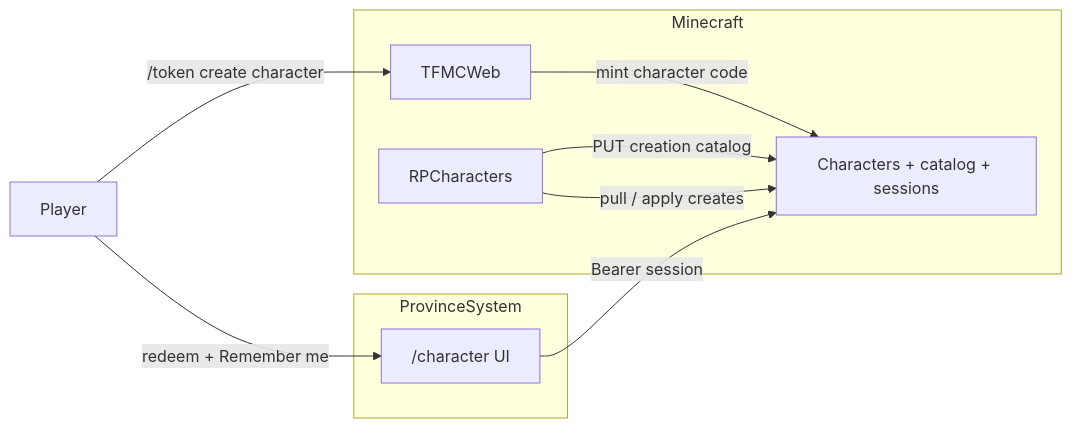
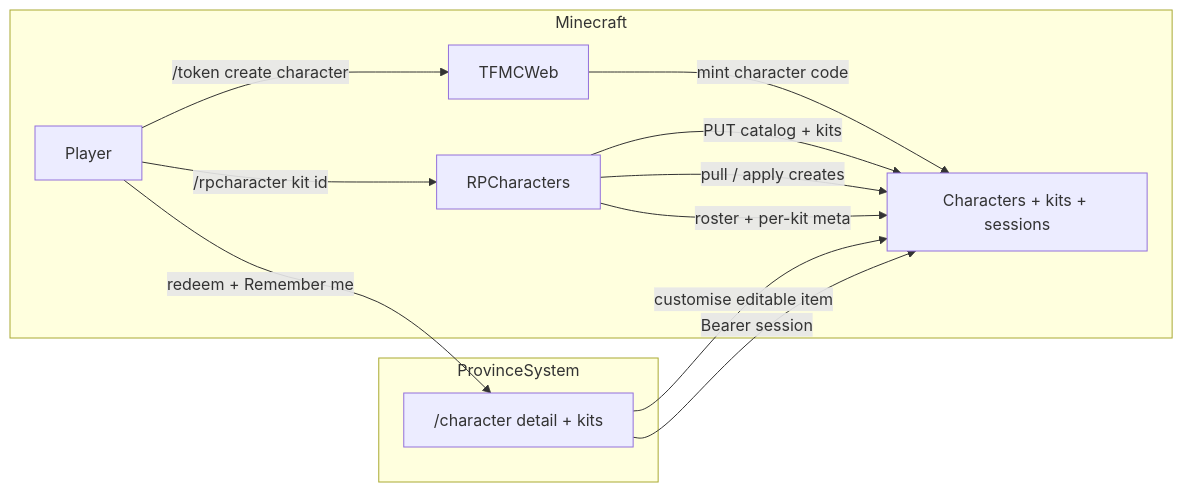
The diagram in Planning/14-character-creator.md (Drefvelin/ProvinceSystem), drawn with Mermaid before and after one commit. The commit also changed other lines of this file and 45 other files, not shown here.

Commit message:
item editor and kits

````diff
--- a/Planning/14-character-creator.md
+++ b/Planning/14-character-creator.md
@@ -98,17 +183,20 @@
 ```mermaid
 flowchart LR
   subgraph mc [Minecraft]
     TW[TFMCWeb]
     RPC[RPCharacters]
     TW -->|mint character code| API
-    RPC -->|PUT creation catalog| API
+    RPC -->|PUT catalog + kits| API
     RPC -->|pull / apply creates| API
+    RPC -->|roster + per-kit meta| API
+    Player -->|"/rpcharacter kit id"| RPC
   end
   subgraph web [ProvinceSystem]
-    API[Characters + catalog + sessions]
-    FE["/character UI"]
+    API[Characters + kits + sessions]
+    FE["/character detail + kits"]
+    FE -->|customise editable item| API
     FE -->|Bearer session| API
   end
   Player -->|/token create character| TW
   Player -->|redeem + Remember me| FE
 ```
````
